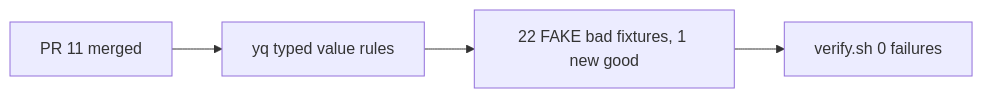
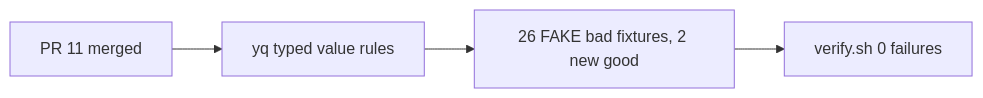
One commit to svennijhuis/agentic-workflows changed the second of 2 diagrams in docs/pbi/smoke/SM01a.md. Above: the diagram before and after it, drawn with Mermaid. The commit also changed other lines of this file and 1 other file, not shown here.

Commit message:
SM01a and G05a: round 1 on Cursor 5657575895 (decimal status literal, limit allowlist, one-decode fixtures, rk live and test with gitleaks entries, G05a four extra places, README sentence cite)

````diff
--- a/docs/pbi/smoke/SM01a.md
+++ b/docs/pbi/smoke/SM01a.md
@@ -104,6 +110,6 @@
 ```mermaid
 flowchart LR
   A[PR 11 merged] --> B[yq typed value rules]
-  B --> C[22 FAKE bad fixtures, 1 new good]
+  B --> C[26 FAKE bad fixtures, 2 new good]
   C --> D[verify.sh 0 failures]
 ```
````
